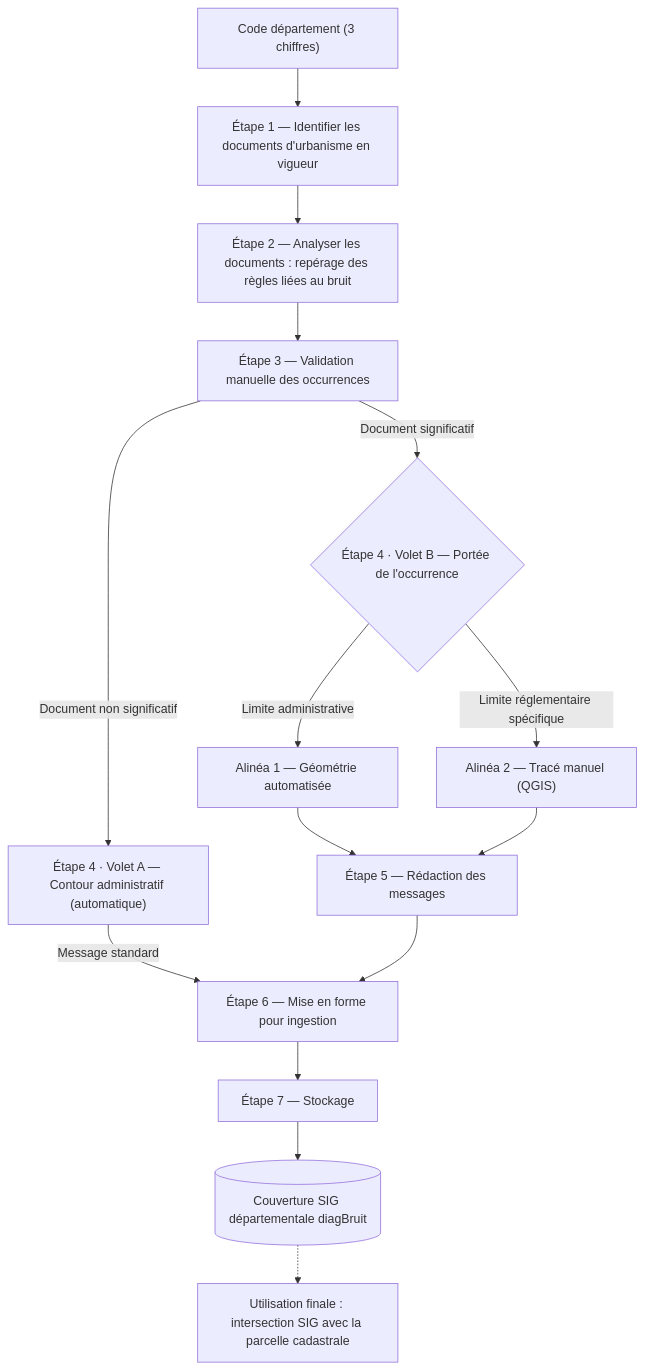
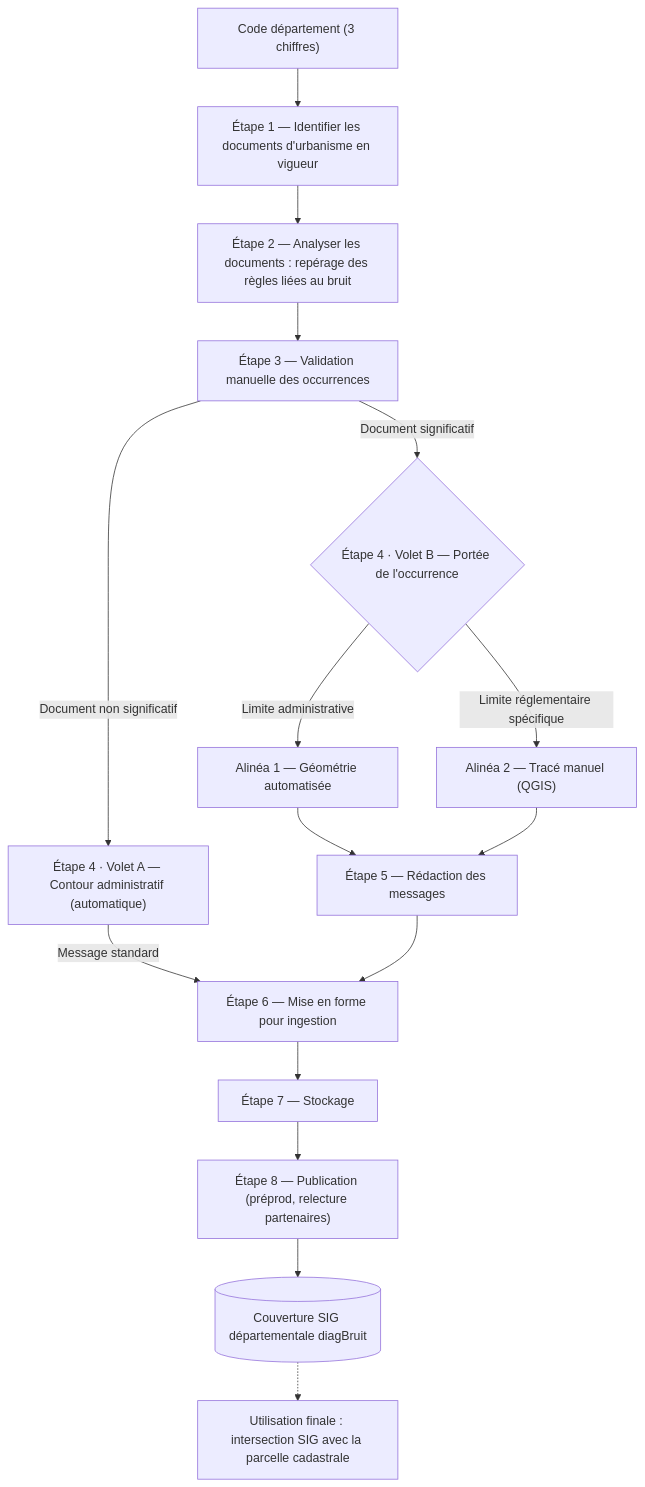
Before and after one commit to nantodevison/diagbruit.beta.gouv.fr: the diagram in poc-urbanisme-plu/docs/plan-automatisation-regles-plu-diagbruit.md, drawn with Mermaid. The commit also changed other lines of this file and 5 other files, not shown here.

First line of the commit message:
feat(etape8): publication en préprod des alertes d'un département

````diff
--- a/poc-urbanisme-plu/docs/plan-automatisation-regles-plu-diagbruit.md
+++ b/poc-urbanisme-plu/docs/plan-automatisation-regles-plu-diagbruit.md
@@ -31,17 +31,18 @@
 ```mermaid
 flowchart TD
     Dept["Code département (3 chiffres)"] --> E1["Étape 1 — Identifier les documents d'urbanisme en vigueur"]
     E1 --> E2["Étape 2 — Analyser les documents : repérage des règles liées au bruit"]
     E2 --> E3["Étape 3 — Validation manuelle des occurrences"]
     E3 -->|"Document non significatif"| E4A["Étape 4 · Volet A — Contour administratif (automatique)"]
     E3 -->|"Document significatif"| E4Bgate{"Étape 4 · Volet B — Portée de l'occurrence"}
     E4Bgate -->|"Limite administrative"| E4B1["Alinéa 1 — Géométrie automatisée"]
     E4Bgate -->|"Limite réglementaire spécifique"| E4B2["Alinéa 2 — Tracé manuel (QGIS)"]
     E4B1 --> E5["Étape 5 — Rédaction des messages"]
     E4B2 --> E5
     E4A -->|"Message standard"| E6["Étape 6 — Mise en forme pour ingestion"]
     E5 --> E6
     E6 --> E7["Étape 7 — Stockage"]
-    E7 --> Couv[("Couverture SIG départementale diagBruit")]
+    E7 --> E8["Étape 8 — Publication (préprod, relecture partenaires)"]
+    E8 --> Couv[("Couverture SIG départementale diagBruit")]
     Couv -.-> Usage["Utilisation finale : intersection SIG avec la parcelle cadastrale"]
 ```
````
